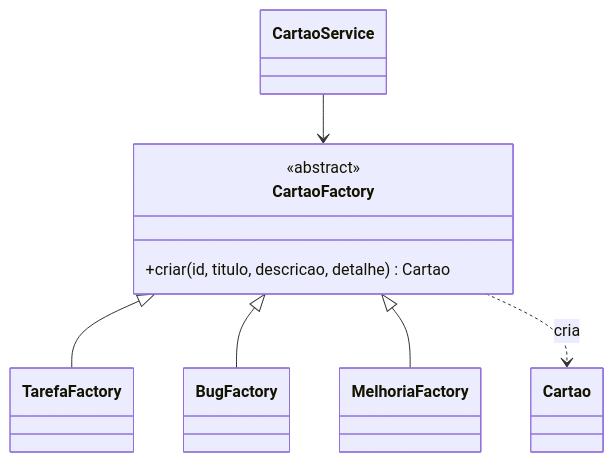
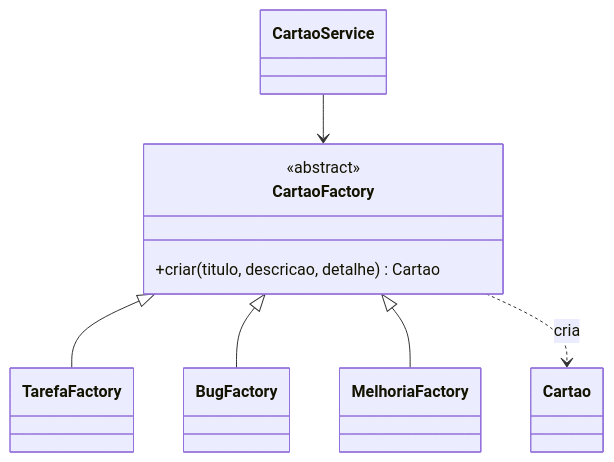
Before and after one commit to alana-britoc/gerenciador-kanban: the first of 3 diagrams in docs/padroes.md, drawn with Mermaid. The commit also changed other lines of this file and 1 other file, not shown here.

````diff
--- a/docs/padroes.md
+++ b/docs/padroes.md
@@ -11,12 +11,12 @@
 ```mermaid
 classDiagram
     class CartaoFactory {
         <<abstract>>
-        +criar(id, titulo, descricao, detalhe) Cartao
+        +criar(titulo, descricao, detalhe) Cartao
     }
     CartaoFactory <|-- TarefaFactory
     CartaoFactory <|-- BugFactory
     CartaoFactory <|-- MelhoriaFactory
     CartaoService --> CartaoFactory
     CartaoFactory ..> Cartao : cria
 ```
````
